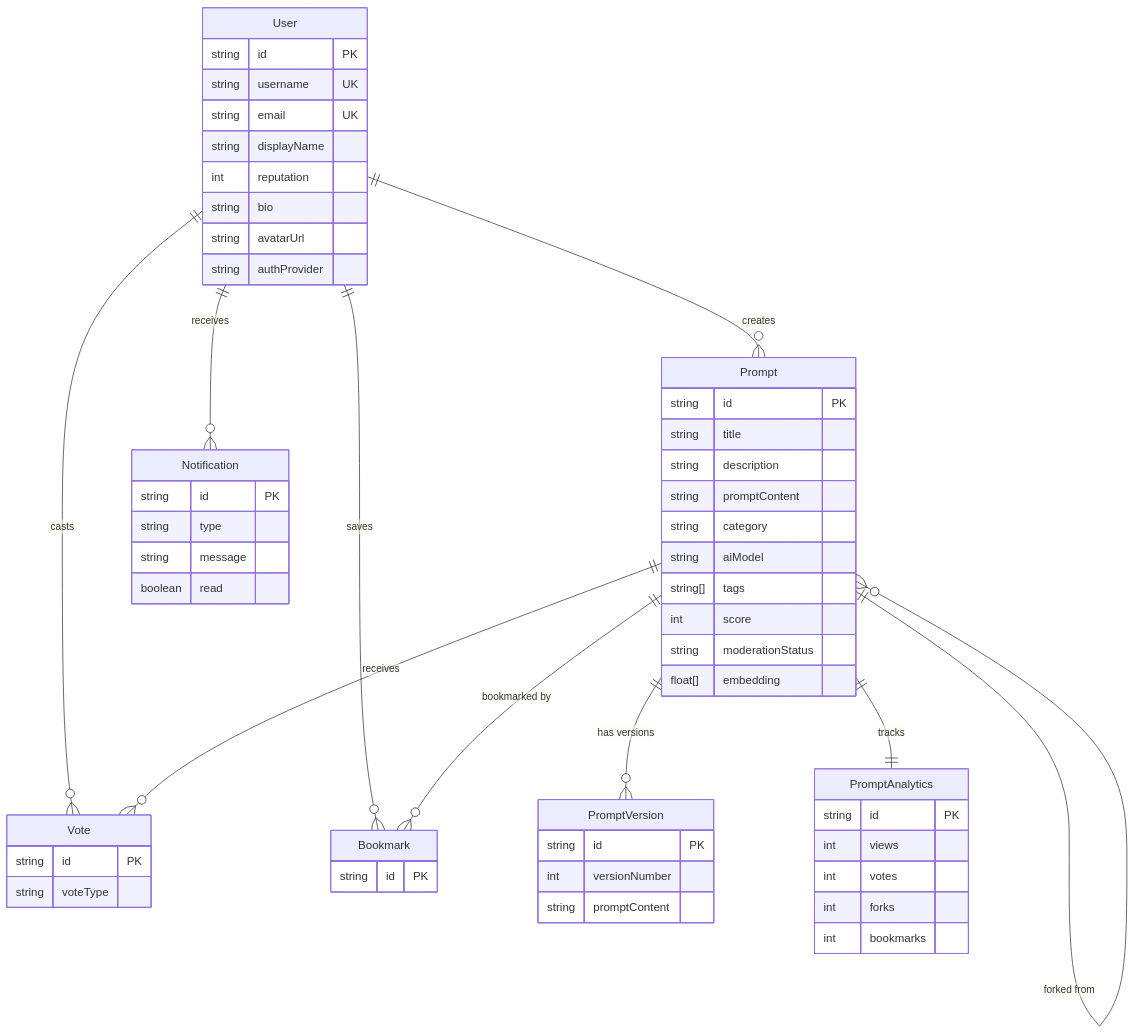
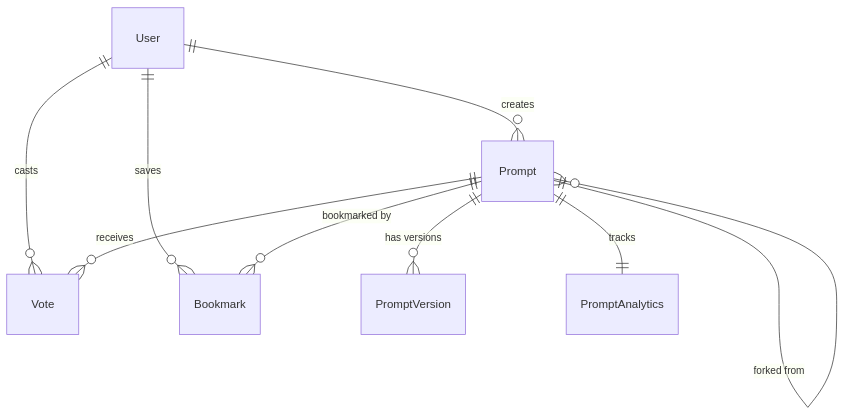
One commit to Vishallakshmikanthan/prompt-forge changed the second of 2 diagrams in README.md. Above: the diagram before and after it, drawn with Mermaid. The commit also changed other lines of this file and 4552 other files, not shown here.

````diff
--- a/README.md
+++ b/README.md
@@ -241,66 +146,11 @@
 ```mermaid
 erDiagram
     User ||--o{ Prompt : creates
     User ||--o{ Vote : casts
     User ||--o{ Bookmark : saves
-    User ||--o{ Notification : receives
     Prompt ||--o{ PromptVersion : "has versions"
     Prompt ||--o{ Vote : receives
     Prompt ||--o{ Bookmark : "bookmarked by"
     Prompt ||--|| PromptAnalytics : tracks
     Prompt ||--o{ Prompt : "forked from"
-
-    User {
-        string id PK
-        string username UK
-        string email UK
-        string displayName
-        int reputation
-        string bio
-        string avatarUrl
-        string authProvider
-    }
-
-    Prompt {
-        string id PK
-        string title
-        string description
-        string promptContent
-        string category
-        string aiModel
-        string[] tags
-        int score
-        string moderationStatus
-        float[] embedding
-    }
-
-    PromptVersion {
-        string id PK
-        int versionNumber
-        string promptContent
-    }
-
-    Vote {
-        string id PK
-        string voteType
-    }
-
-    Bookmark {
-        string id PK
-    }
-
-    PromptAnalytics {
-        string id PK
-        int views
-        int votes
-        int forks
-        int bookmarks
-    }
-
-    Notification {
-        string id PK
-        string type
-        string message
-        boolean read
-    }
 ```
````
